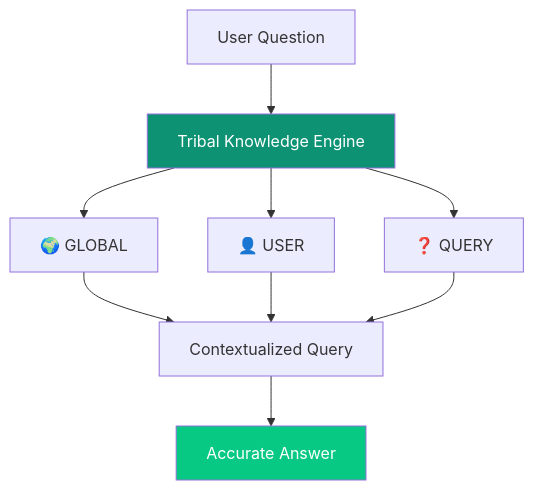
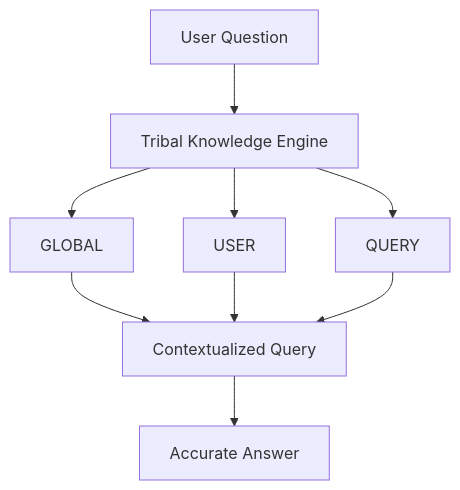
Before and after one commit to ashishsuperatom/tech-docs: the fourth of 9 diagrams in introduction/problems.mdx, drawn with Mermaid. The commit also changed other lines of this file and 37 other files, not shown here.

First line of the commit message:
Clean up docs: remove em-dashes, fix mermaid diagrams, remove emojis

````diff
--- a/introduction/problems.mdx
+++ b/introduction/problems.mdx
@@ -141,13 +133,11 @@
 ```mermaid
 flowchart TD
     Q["User Question"] --> TK["Tribal Knowledge Engine"]
 
-    TK --> L1["🌍 GLOBAL"] & L2["👤 USER"] & L3["❓ QUERY"]
+    TK --> L1["GLOBAL"] & L2["USER"] & L3["QUERY"]
 
     L1 & L2 & L3 --> CONTEXT["Contextualized Query"]
 
     CONTEXT --> ANSWER["Accurate Answer"]
 
-    style TK fill:#0D9373,color:#fff
-    style ANSWER fill:#07C983,color:#fff
 ```
````
